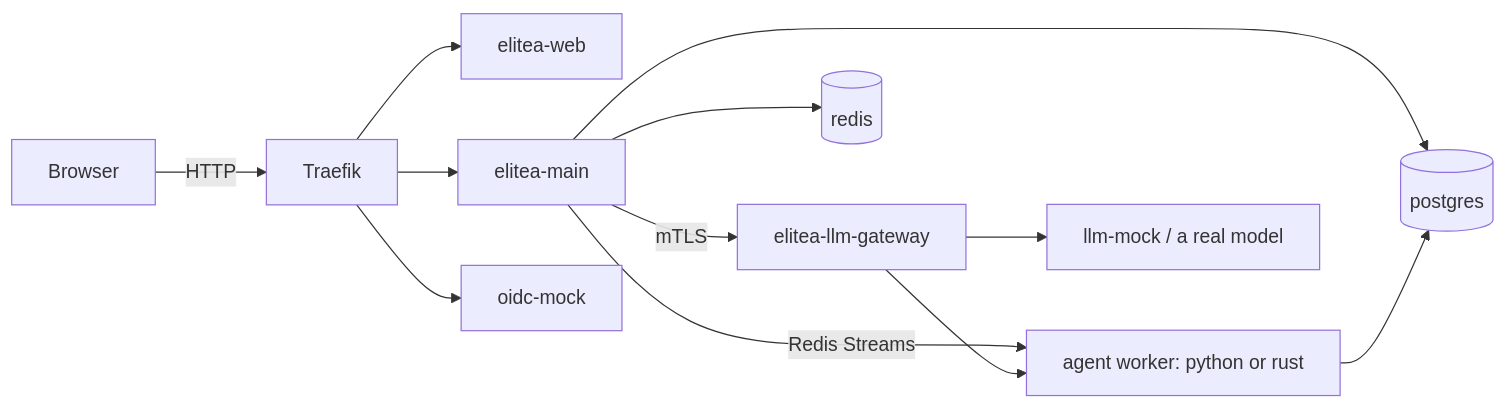
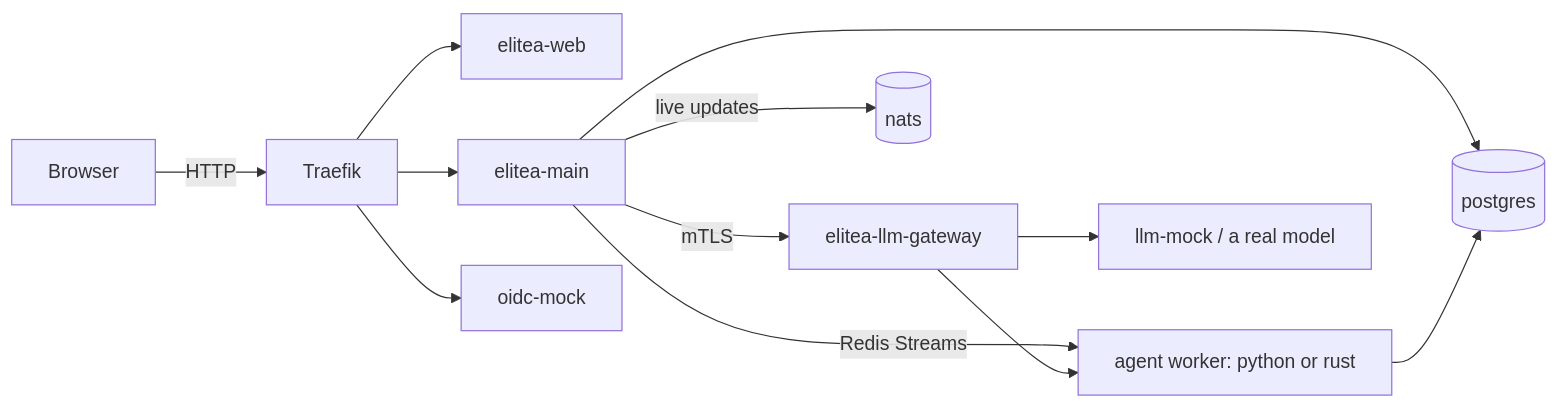
Before and after one commit to elitea-ng/elitea-platform: the diagram in apps/elitea-web/src/entries/docs/content/development/overview.mdx, drawn with Mermaid. The commit also changed 27 other files, not shown here.

First line of the commit message:
chore(deploy): give elitea-main the shared NATS and retire the plain Redis

````diff
--- a/apps/elitea-web/src/entries/docs/content/development/overview.mdx
+++ b/apps/elitea-web/src/entries/docs/content/development/overview.mdx
@@ -72,14 +72,14 @@
 ```mermaid
 flowchart LR
     Browser -->|HTTP| Traefik
     Traefik --> Web[elitea-web]
     Traefik --> Main[elitea-main]
     Traefik --> OIDC[oidc-mock]
     Main -->|mTLS| Gateway[elitea-llm-gateway]
     Main -->|Redis Streams| Worker[agent worker: python or rust]
     Gateway --> Worker
     Gateway --> LLMMock[llm-mock / a real model]
     Main --> DB[(postgres)]
-    Main --> Redis[(redis)]
+    Main -->|live updates| NATS[(nats)]
     Worker --> DB
 ```
````
